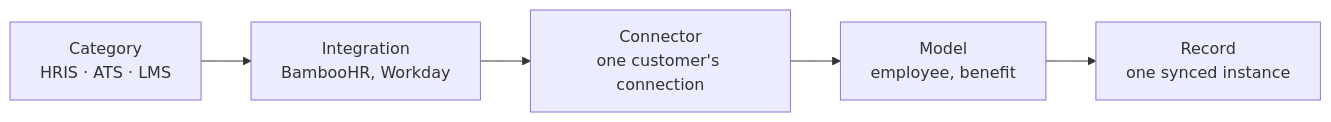
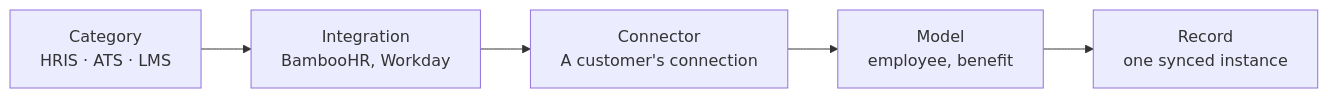
Before and after one commit to kaval1810/bindbee-docs-test: the first of 2 diagrams in get-started/core-concepts.mdx, drawn with Mermaid. The commit also changed other lines of this file, not shown here.

````diff
--- a/get-started/core-concepts.mdx
+++ b/get-started/core-concepts.mdx
@@ -14,7 +12,7 @@
 ```mermaid
 flowchart LR
     CAT["Category<br/>HRIS · ATS · LMS"] --> INT["Integration<br/>BambooHR, Workday"]
-    INT --> CON["Connector<br/>one customer's connection"]
+    INT --> CON["Connector<br/>A customer's connection"]
     CON --> MOD["Model<br/>employee, benefit"]
     MOD --> REC["Record<br/>one synced instance"]
 ```
````
